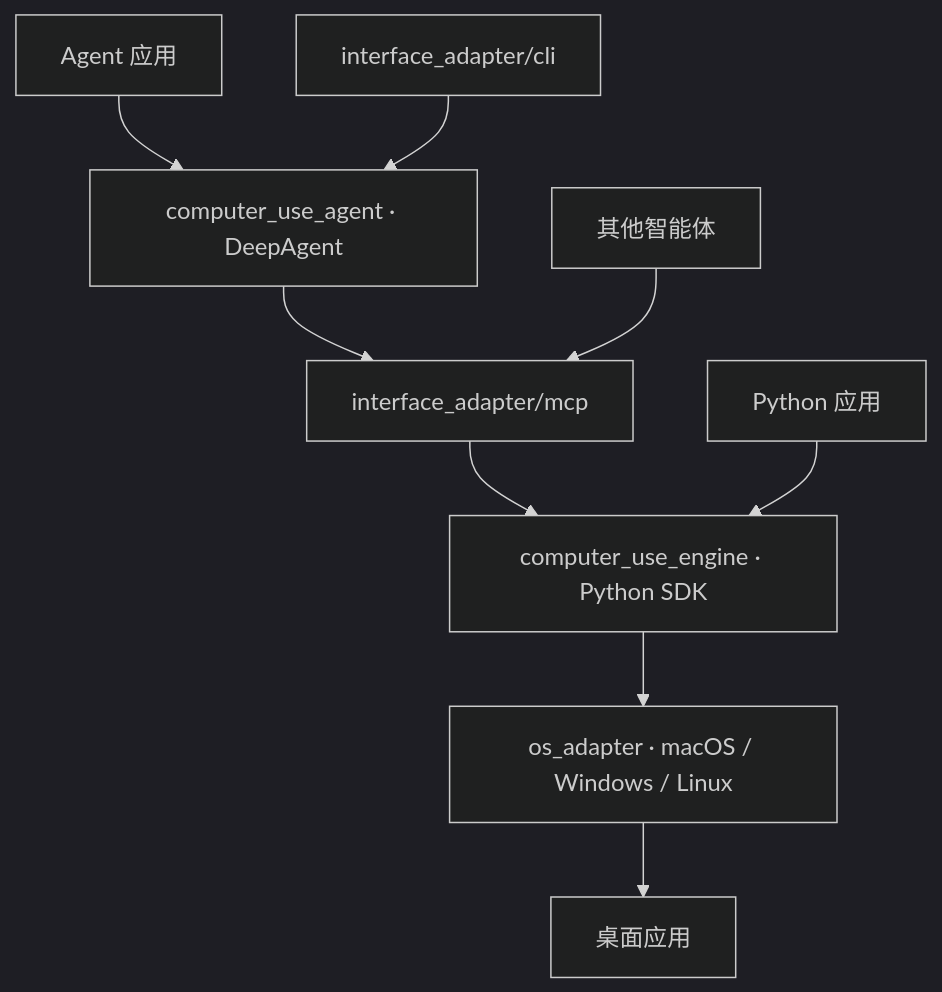
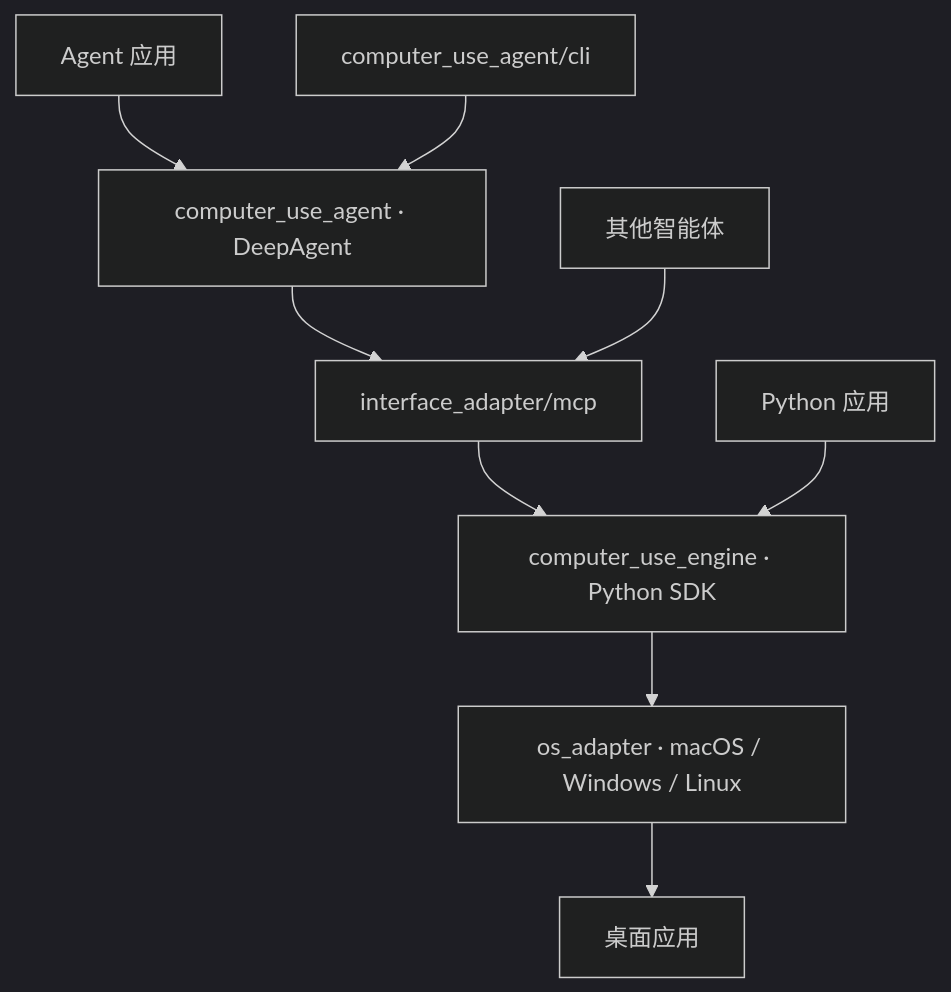
Before and after one commit to openJiuwen-ai/computer-use: the diagram in README_CN.md, drawn with Mermaid (dark theme). The commit also changed other lines of this file and 15 other files, not shown here.

Commit message:
refactor: place CLI in agent package

````diff
--- a/README_CN.md
+++ b/README_CN.md
@@ -208,11 +208,11 @@
 ```mermaid
 flowchart TD
     App["Agent 应用"] --> Agent["computer_use_agent · DeepAgent"]
-    CLI["interface_adapter/cli"] --> Agent
+    CLI["computer_use_agent/cli"] --> Agent
     Agent --> MCP["interface_adapter/mcp"]
     External["其他智能体"] --> MCP
     MCP --> Engine["computer_use_engine · Python SDK"]
     Python["Python 应用"] --> Engine
     Engine --> OS["os_adapter · macOS / Windows / Linux"]
     OS --> Desktop["桌面应用"]
 ```
````
